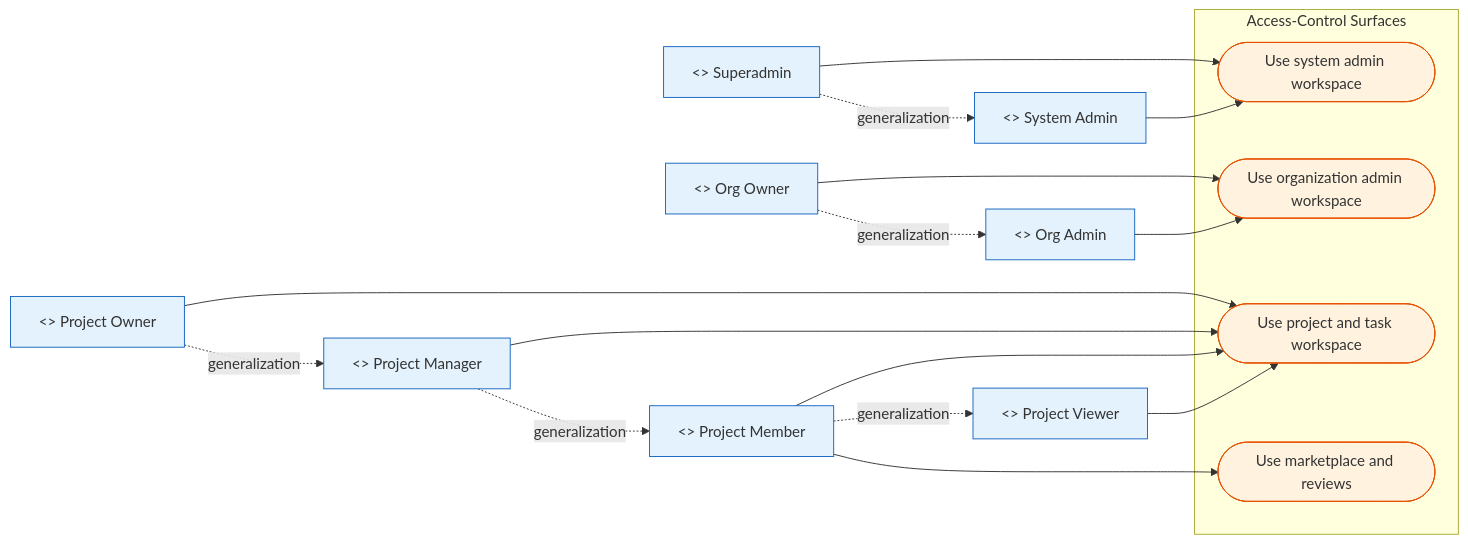
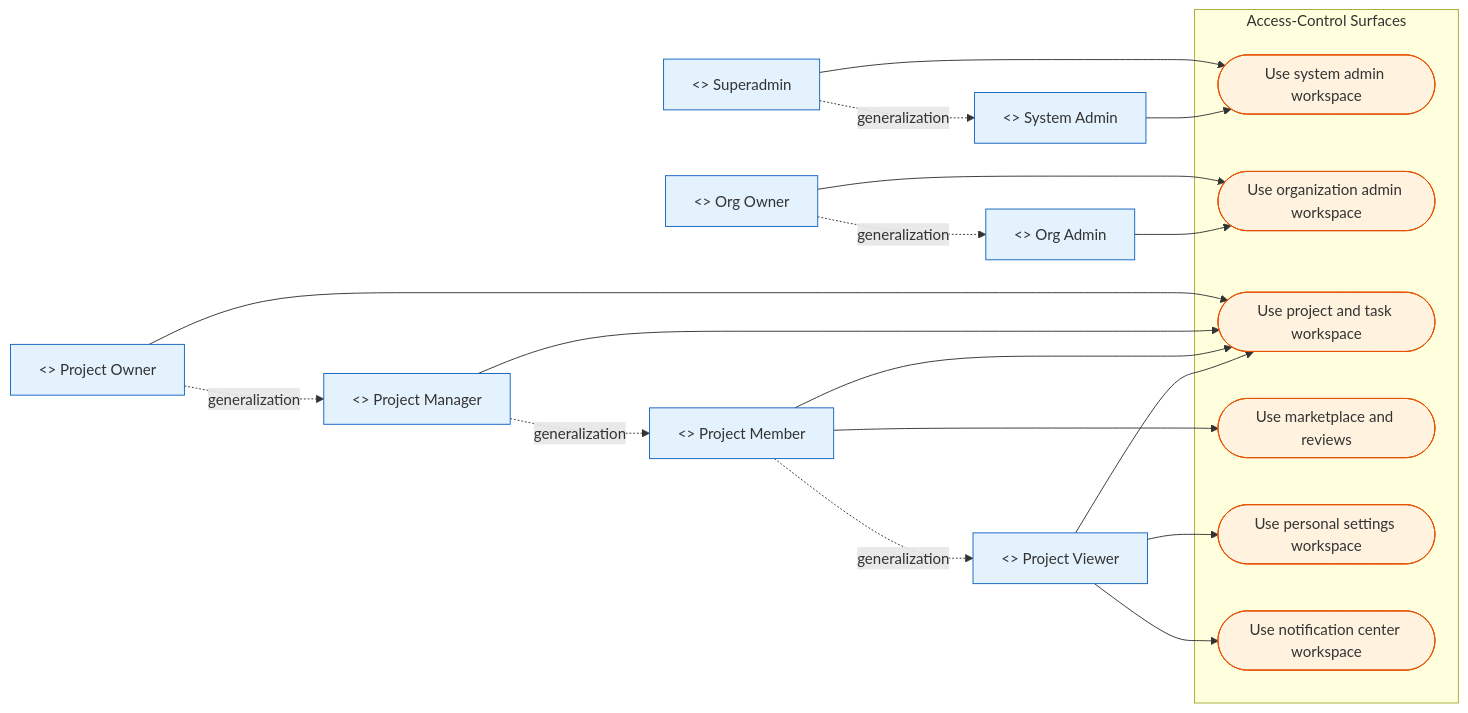
The diagram in diagram/Usecase/uc_04_permission_hierarchy.mmd (DuyetTN3112/Suar), drawn with Mermaid before and after one commit. The commit also changed 135 other files, not shown here.

```diff
--- a/diagram/Usecase/uc_04_permission_hierarchy.mmd
+++ b/diagram/Usecase/uc_04_permission_hierarchy.mmd
@@ -1,43 +1,47 @@
 %% uc_04_permission_hierarchy.mmd — Access-Control Overview
 %% Mermaid approximation of a UML use case diagram.
 %% Detail files:
 %%   - uc_04a_system_admin_surface.mmd
 %%   - uc_04b_org_project_access.mmd
 
 flowchart LR
     superadmin["<<actor>> Superadmin"]
     systemAdmin["<<actor>> System Admin"]
     orgOwner["<<actor>> Org Owner"]
     orgAdmin["<<actor>> Org Admin"]
     projectOwner["<<actor>> Project Owner"]
     projectManager["<<actor>> Project Manager"]
     projectMember["<<actor>> Project Member"]
     projectViewer["<<actor>> Project Viewer"]
 
     subgraph system["Access-Control Surfaces"]
         systemSurface([Use system admin workspace])
         orgSurface([Use organization admin workspace])
         projectSurface([Use project and task workspace])
         marketplaceSurface([Use marketplace and reviews])
+        settingsSurface([Use personal settings workspace])
+        notificationSurface([Use notification center workspace])
     end
 
     superadmin --> systemSurface
     systemAdmin --> systemSurface
     orgOwner --> orgSurface
     orgAdmin --> orgSurface
     projectOwner --> projectSurface
     projectManager --> projectSurface
     projectMember --> projectSurface
     projectViewer --> projectSurface
     projectMember --> marketplaceSurface
+    projectViewer --> settingsSurface
+    projectViewer --> notificationSurface
 
     superadmin -.->|generalization| systemAdmin
     orgOwner -.->|generalization| orgAdmin
     projectOwner -.->|generalization| projectManager
     projectManager -.->|generalization| projectMember
     projectMember -.->|generalization| projectViewer
 
     classDef actor fill:#E3F2FD,stroke:#1565C0,color:#333
     classDef usecase fill:#FFF3E0,stroke:#E65100,color:#333
     class superadmin,systemAdmin,orgOwner,orgAdmin,projectOwner,projectManager,projectMember,projectViewer actor
-    class systemSurface,orgSurface,projectSurface,marketplaceSurface usecase
+    class systemSurface,orgSurface,projectSurface,marketplaceSurface,settingsSurface,notificationSurface usecase
```
